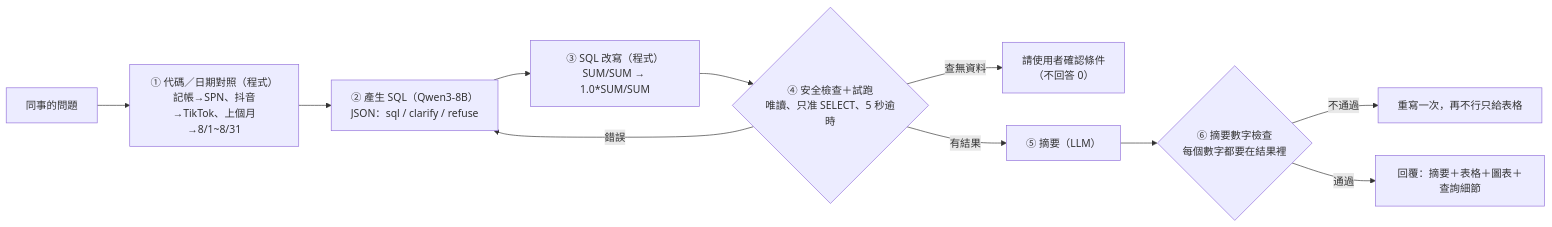
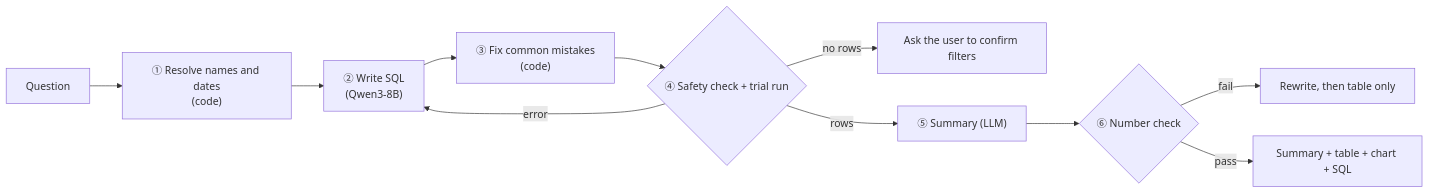
The diagram in README.md (didiwannasleep0117/text2sql-demo), drawn with Mermaid before and after one commit. The commit also changed other lines of this file and 5 other files, not shown here.

````diff
--- a/README.md
+++ b/README.md
@@ -37,13 +21,13 @@
 ```mermaid
 flowchart LR
-    Q[同事的問題] --> L["① 代碼／日期對照（程式）<br/>記帳→SPN、抖音→TikTok、上個月→8/1~8/31"]
-    L --> G["② 產生 SQL（Qwen3-8B）<br/>JSON：sql / clarify / refuse"]
-    G --> F["③ SQL 改寫（程式）<br/>SUM/SUM → 1.0*SUM/SUM"]
-    F --> X{"④ 安全檢查＋試跑<br/>唯讀、只准 SELECT、5 秒逾時"}
-    X -- 錯誤 --> G
-    X -- 查無資料 --> E["請使用者確認條件<br/>（不回答 0）"]
-    X -- 有結果 --> S["⑤ 摘要（LLM）"]
-    S --> C{"⑥ 摘要數字檢查<br/>每個數字都要在結果裡"}
-    C -- 不通過 --> S2["重寫一次，再不行只給表格"]
-    C -- 通過 --> O["回覆：摘要＋表格＋圖表＋查詢細節"]
+    Q[Question] --> L["① Resolve names and dates<br/>(code)"]
+    L --> G["② Write SQL<br/>(Qwen3-8B)"]
+    G --> F["③ Fix common mistakes<br/>(code)"]
+    F --> X{"④ Safety check + trial run"}
+    X -- error --> G
+    X -- no rows --> E["Ask the user to confirm filters"]
+    X -- rows --> S["⑤ Summary (LLM)"]
+    S --> C{"⑥ Number check"}
+    C -- fail --> S2["Rewrite, then table only"]
+    C -- pass --> O["Summary + table + chart + SQL"]
 ```
````
